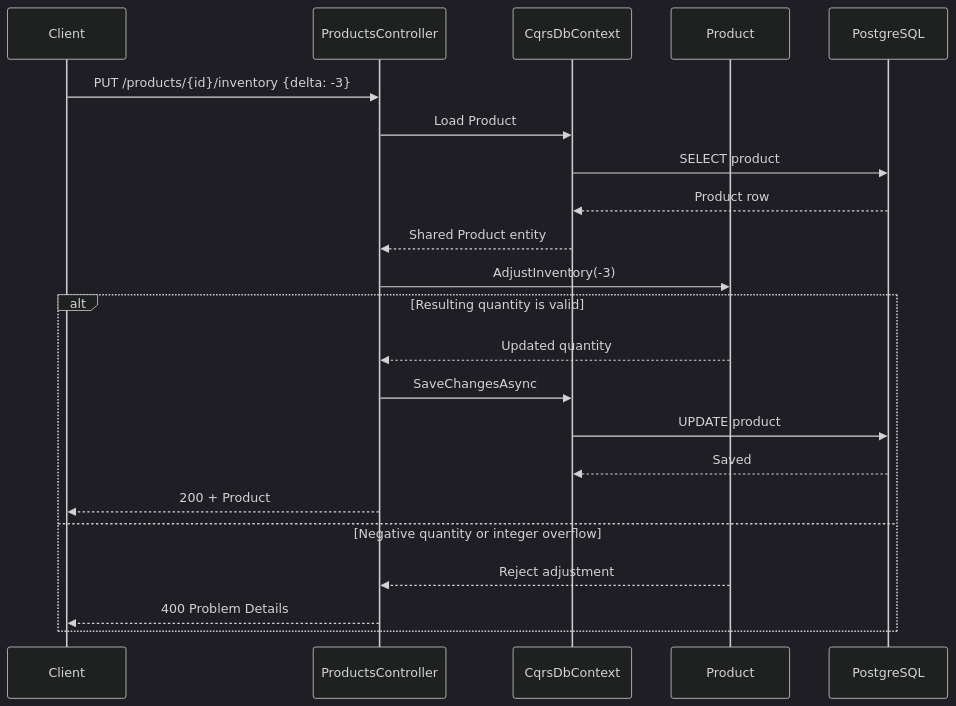
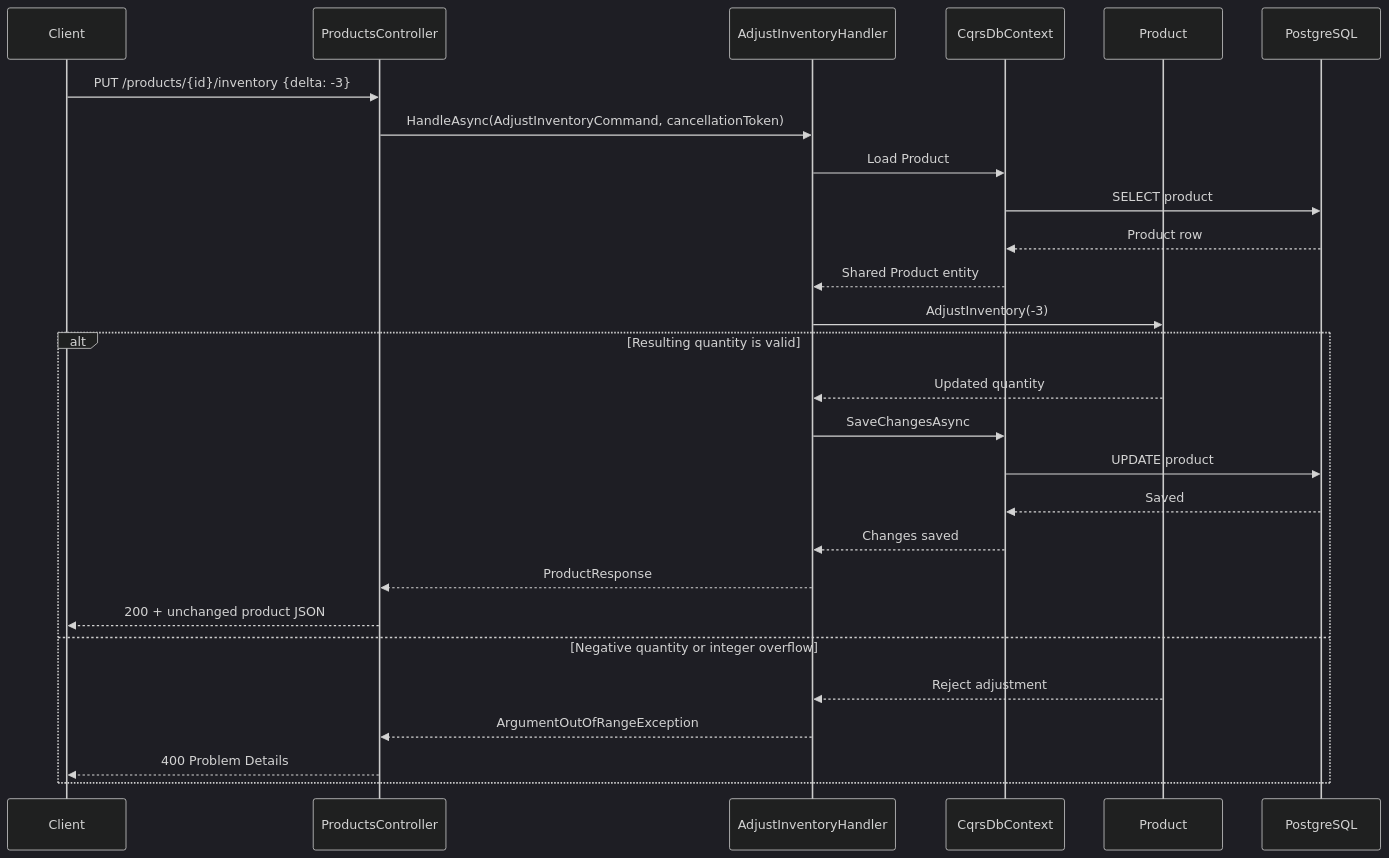
Before and after one commit to Luqa1/Engineering-Playground: the second of 3 diagrams in 06-cqrs/README.md, drawn with Mermaid (dark theme). The commit also changed other lines of this file and 9 other files, not shown here.

````diff
--- a/06-cqrs/README.md
+++ b/06-cqrs/README.md
@@ -68,24 +90,29 @@
 ```mermaid
 sequenceDiagram
     participant Client
     participant Controller as ProductsController
+    participant Handler as AdjustInventoryHandler
     participant Context as CqrsDbContext
     participant Product
     participant DB as PostgreSQL
     Client->>Controller: PUT /products/{id}/inventory {delta: -3}
-    Controller->>Context: Load Product
+    Controller->>Handler: HandleAsync(AdjustInventoryCommand, cancellationToken)
+    Handler->>Context: Load Product
     Context->>DB: SELECT product
     DB-->>Context: Product row
-    Context-->>Controller: Shared Product entity
-    Controller->>Product: AdjustInventory(-3)
+    Context-->>Handler: Shared Product entity
+    Handler->>Product: AdjustInventory(-3)
     alt Resulting quantity is valid
-        Product-->>Controller: Updated quantity
-        Controller->>Context: SaveChangesAsync
+        Product-->>Handler: Updated quantity
+        Handler->>Context: SaveChangesAsync
         Context->>DB: UPDATE product
         DB-->>Context: Saved
-        Controller-->>Client: 200 + Product
+        Context-->>Handler: Changes saved
+        Handler-->>Controller: ProductResponse
+        Controller-->>Client: 200 + unchanged product JSON
     else Negative quantity or integer overflow
-        Product-->>Controller: Reject adjustment
+        Product-->>Handler: Reject adjustment
+        Handler-->>Controller: ArgumentOutOfRangeException
         Controller-->>Client: 400 Problem Details
     end
 ```
````
